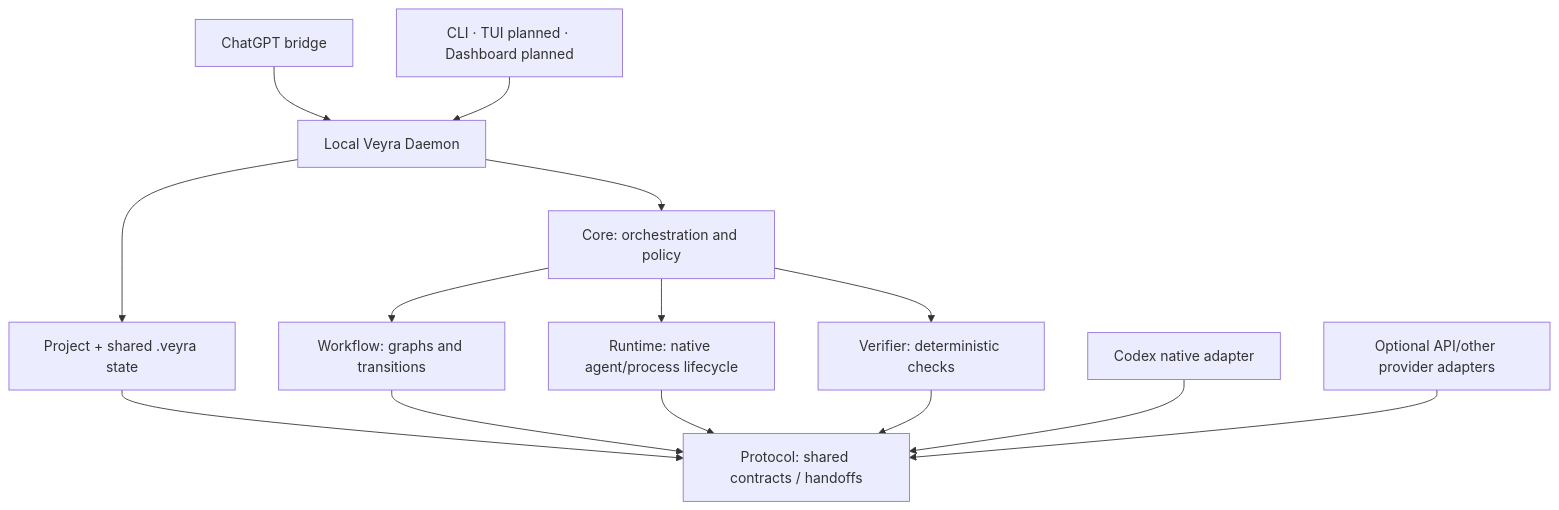
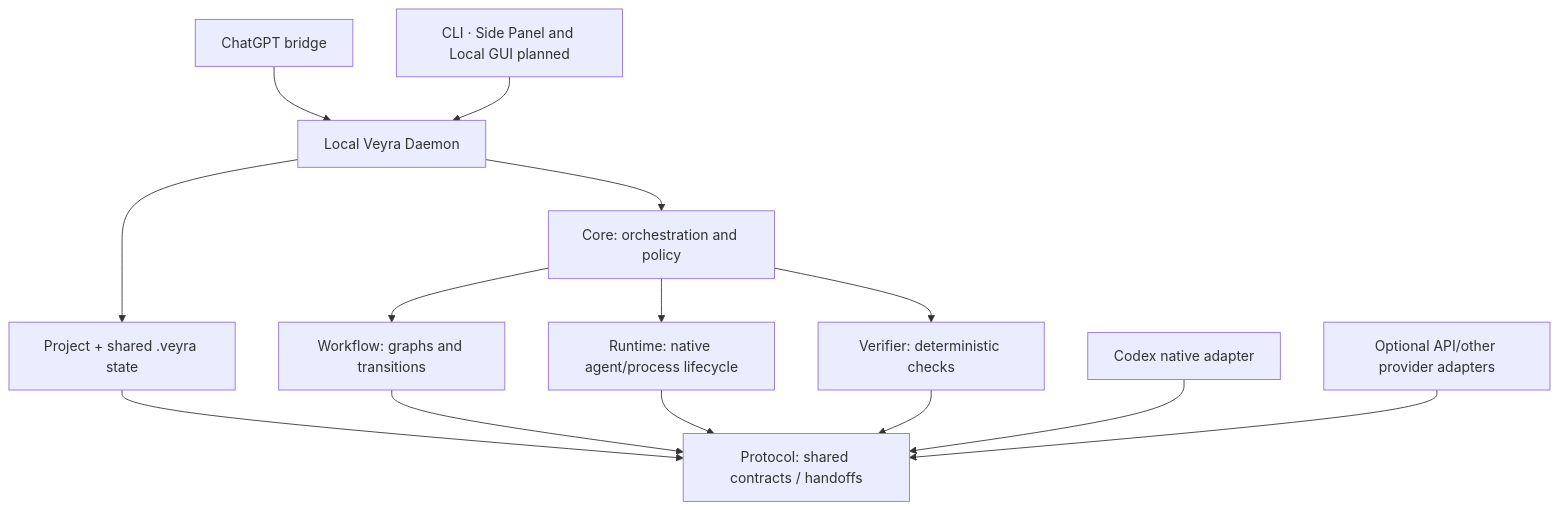
One commit to iamzjt-front-end/veyra changed the diagram in README.md. Above: the diagram before and after it, drawn with Mermaid. The commit also changed other lines of this file and 11 other files, not shown here.

````diff
--- a/README.md
+++ b/README.md
@@ -141,16 +151,16 @@
 ```mermaid
 flowchart TB
   chat["ChatGPT bridge"] --> daemon["Local Veyra Daemon"]
-  cli["CLI · TUI planned · Dashboard planned"] --> daemon
+  cli["CLI · Side Panel and Local GUI planned"] --> daemon
   daemon --> project["Project + shared .veyra state"]
   daemon --> core["Core: orchestration and policy"]
   core --> workflow["Workflow: graphs and transitions"]
   core --> runtime["Runtime: native agent/process lifecycle"]
   core --> verifier["Verifier: deterministic checks"]
   project --> protocol["Protocol: shared contracts / handoffs"]
   workflow --> protocol
   runtime --> protocol
   verifier --> protocol
   codex["Codex native adapter"] --> protocol
   optional["Optional API/other provider adapters"] --> protocol
 ```
````
